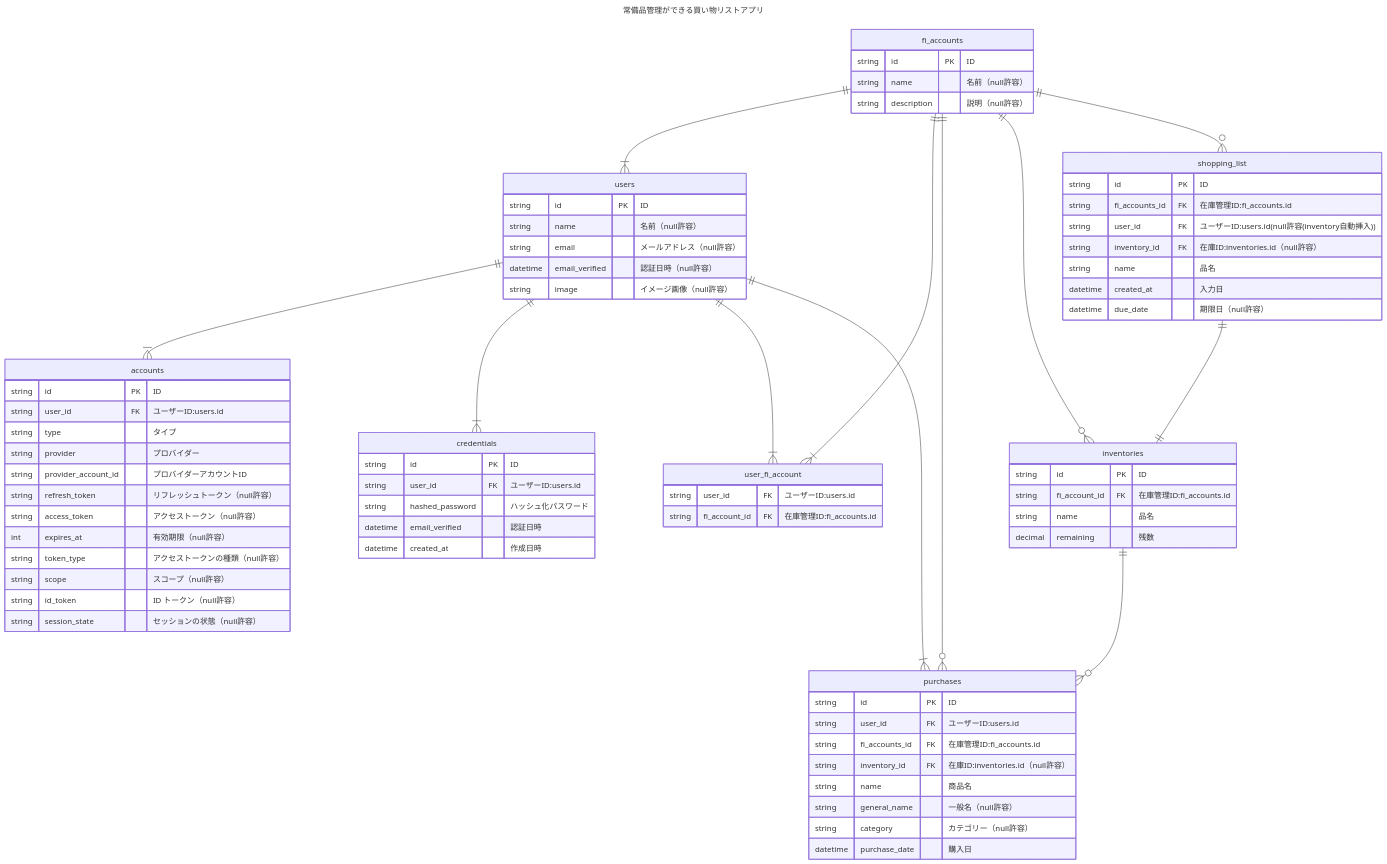
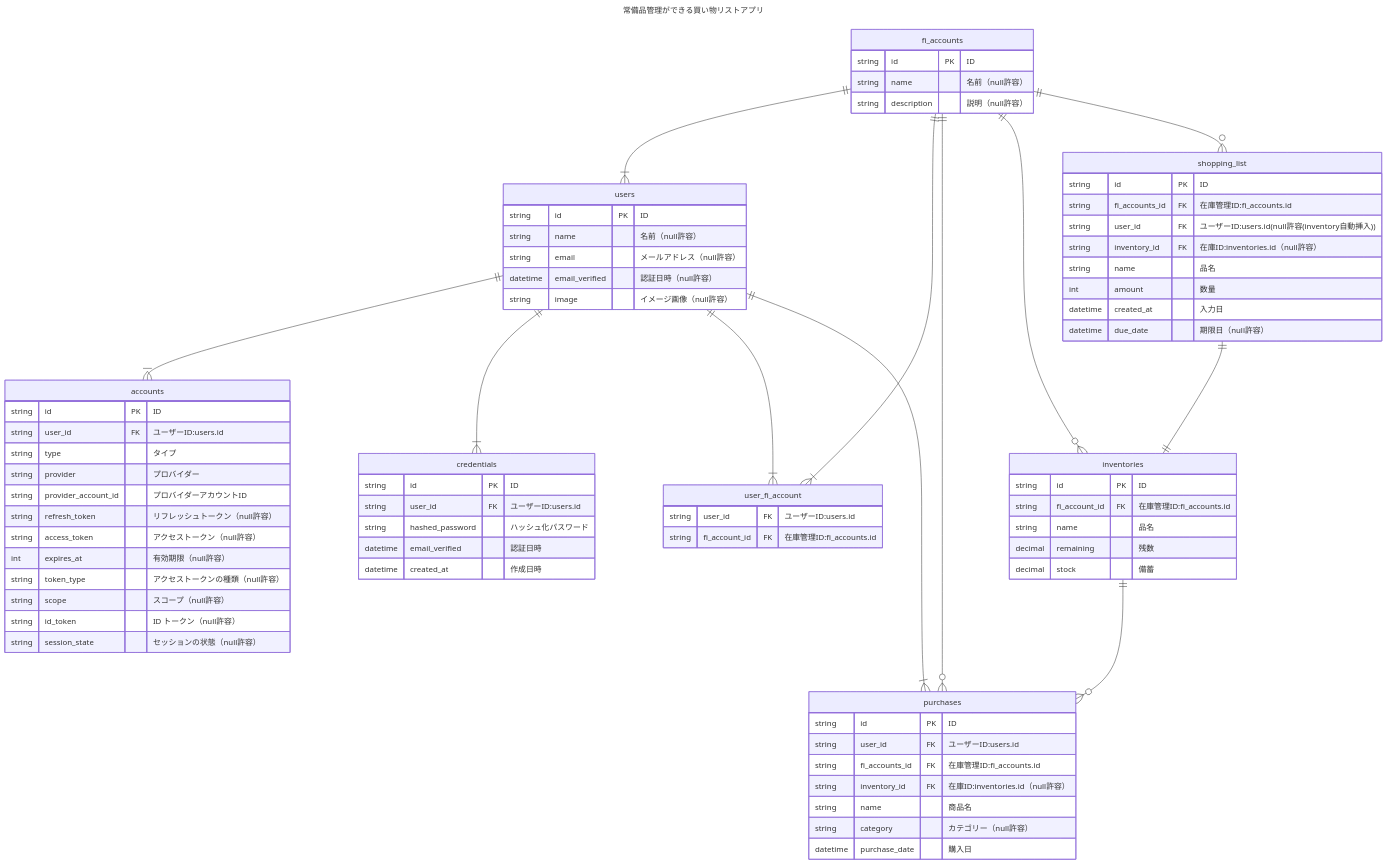
One commit to kurutto/fridge-inventory changed the diagram in doc/fridge-inventory.md. Above: the diagram before and after it, drawn with Mermaid.

Commit message:
手入力による在庫管理登録に変更したためpurchasesの一般名を削除
shopping_listに数量を追加

````diff
--- a/doc/fridge-inventory.md
+++ b/doc/fridge-inventory.md
@@ -5,81 +5,82 @@
 ```mermaid
 ---
 title: "常備品管理ができる買い物リストアプリ"
 ---
 erDiagram
 
     users ||--|{ accounts : ""
     users ||--|{ credentials : ""
     fi_accounts ||--|{ users : ""
     users ||--|{ user_fi_account : ""
     fi_accounts ||--|{ user_fi_account : ""
     inventories ||--o{ purchases : ""
     users ||--|{ purchases : ""
     fi_accounts ||--o{ purchases : ""
     fi_accounts ||--o{ inventories : ""
     fi_accounts ||--o{ shopping_list : ""
     shopping_list ||--|| inventories : ""
 
     accounts {
         string id PK "ID"
         string user_id FK "ユーザーID:users.id"
         string type "タイプ"
         string provider "プロバイダー"
         string provider_account_id "プロバイダーアカウントID"
         string refresh_token "リフレッシュトークン（null許容）"
         string access_token "アクセストークン（null許容）"
         int expires_at "有効期限（null許容）"
         string token_type "アクセストークンの種類（null許容）"
         string scope "スコープ（null許容）"
         string id_token "ID トークン（null許容）"
         string session_state "セッションの状態（null許容）"
     }
     users {
         string id PK "ID"
         string name "名前（null許容）"
         string email "メールアドレス（null許容）"
         datetime email_verified "認証日時（null許容）"
         string image "イメージ画像（null許容）"
     }
     credentials{
         string id PK "ID"
         string user_id FK "ユーザーID:users.id"
         string hashed_password "ハッシュ化パスワード"
         datetime email_verified "認証日時"
         datetime created_at "作成日時"
     }
     user_fi_account{
         string user_id FK "ユーザーID:users.id"
         string fi_account_id FK "在庫管理ID:fi_accounts.id"
     }
     fi_accounts {
         string id PK "ID"
         string name "名前（null許容）"
         string description "説明（null許容）"
     }
     inventories {
         string id PK "ID"
         string fi_account_id FK "在庫管理ID:fi_accounts.id"
         string name "品名"
         decimal remaining "残数"
+        decimal stock "備蓄"
     }
     purchases {
         string id PK "ID"
         string user_id FK "ユーザーID:users.id"
         string fi_accounts_id FK "在庫管理ID:fi_accounts.id"
         string inventory_id FK "在庫ID:inventories.id（null許容）"
         string name "商品名"
-        string general_name "一般名（null許容）"
         string category "カテゴリー（null許容）"
         datetime purchase_date "購入日"
     }
     shopping_list {
         string id PK "ID"
         string fi_accounts_id FK "在庫管理ID:fi_accounts.id"
         string user_id FK "ユーザーID:users.id(null許容(inventory自動挿入))"
         string inventory_id FK "在庫ID:inventories.id（null許容）"
         string name "品名"
+        int amount "数量"
         datetime created_at "入力日"
         datetime due_date "期限日（null許容）"
     }
 ```
````
